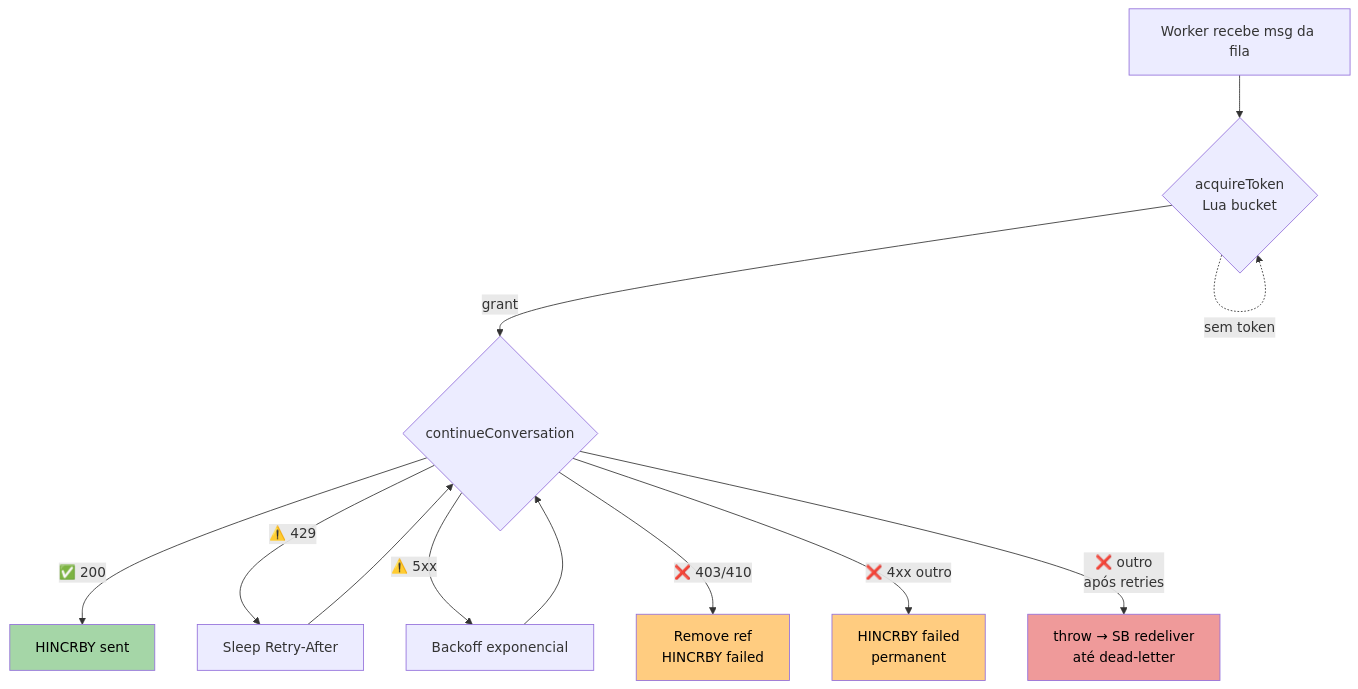
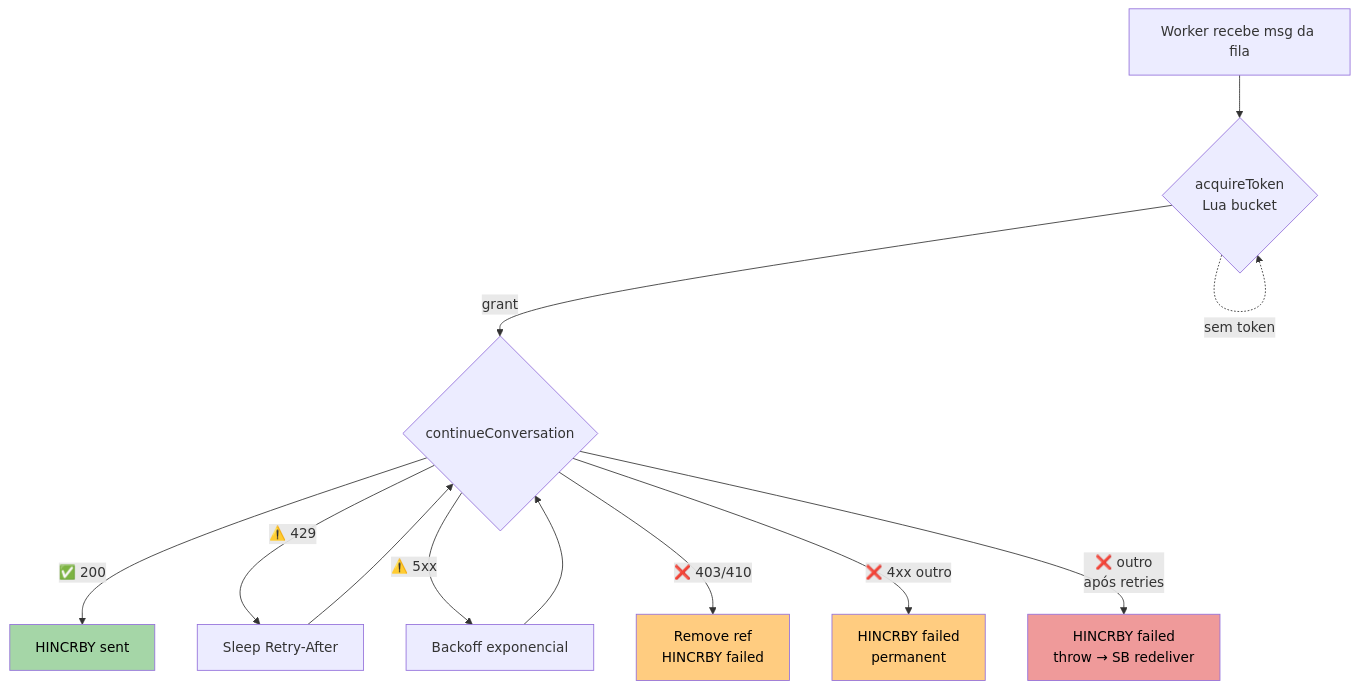
The fifth of 6 diagrams in README.md (EdneiMonteiro/teams_msgs), drawn with Mermaid before and after one commit. The commit also changed other lines of this file, not shown here.

First line of the commit message:
docs: align architecture review findings

````diff
--- a/README.md
+++ b/README.md
@@ -217,17 +237,17 @@
 ```mermaid
 flowchart TD
     A[Worker recebe msg da fila] --> AT{acquireToken<br/>Lua bucket}
     AT -->|grant| B{continueConversation}
     AT -.->|sem token| AT
     B -->|✅ 200| C[HINCRBY sent]
     B -->|⚠️ 429| D[Sleep Retry-After] --> B
     B -->|⚠️ 5xx| E[Backoff exponencial] --> B
     B -->|❌ 403/410| F[Remove ref<br/>HINCRBY failed]
     B -->|❌ 4xx outro| G[HINCRBY failed<br/>permanent]
-    B -->|❌ outro<br/>após retries| H[throw → SB redeliver<br/>até dead-letter]
+    B -->|❌ outro<br/>após retries| H[HINCRBY failed<br/>throw → SB redeliver]
 
     style C fill:#A5D6A7,color:#000
     style F fill:#FFCC80,color:#000
     style G fill:#FFCC80,color:#000
     style H fill:#EF9A9A,color:#000
 ```
````
